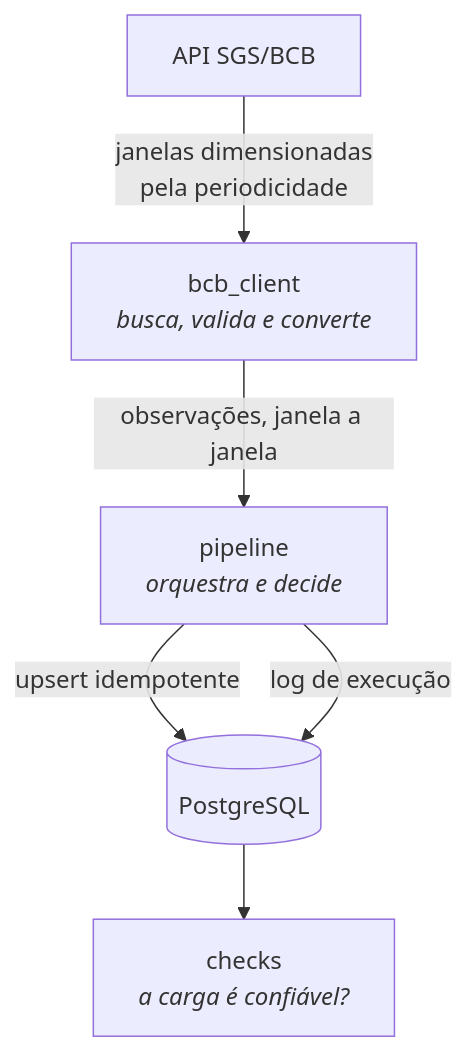
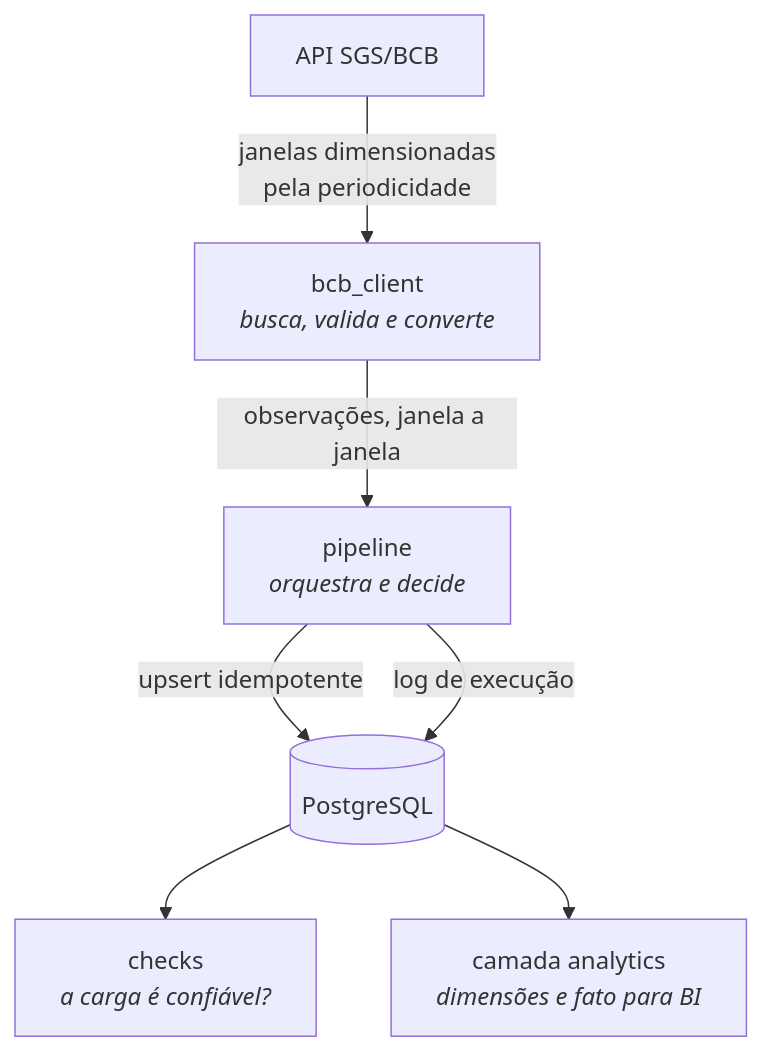
One commit to mrmansini/pipeline-indicadores-bcb changed the diagram in README.md. Above: the diagram before and after it, drawn with Mermaid. The commit also changed other lines of this file, not shown here.

Commit message:
documenta operacao automatizada, camada analitica e migracao para nuvem

````diff
--- a/README.md
+++ b/README.md
@@ -15,8 +17,9 @@
 ```mermaid
 flowchart TD
     A["API SGS/BCB"] -->|"janelas dimensionadas<br/>pela periodicidade"| B["bcb_client<br/><i>busca, valida e converte</i>"]
     B -->|"observações, janela a janela"| C["pipeline<br/><i>orquestra e decide</i>"]
     C -->|"upsert idempotente"| D[("PostgreSQL")]
     C -->|"log de execução"| D
     D --> E["checks<br/><i>a carga é confiável?</i>"]
+    D --> F["camada analytics<br/><i>dimensões e fato para BI</i>"]
 ```
````
